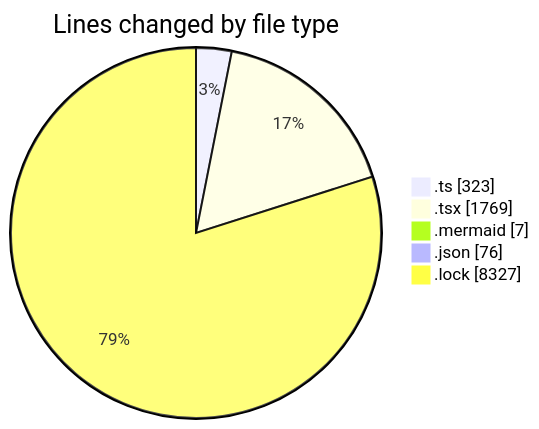
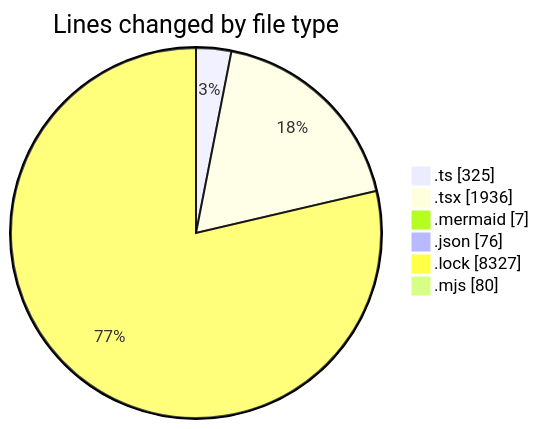
One commit to momahboobian/code-tracking changed the first of 2 diagrams in 2026-09-08/cda/README.md. Above: the diagram before and after it, drawn with Mermaid. The commit also changed other lines of this file and 1 other file, not shown here.

````diff
--- a/2026-09-08/cda/README.md
+++ b/2026-09-08/cda/README.md
@@ -43,9 +45,10 @@
 ```mermaid
 pie showData
 title Lines changed by file type
-".ts" : 323
-".tsx" : 1769
+".ts" : 325
+".tsx" : 1936
 ".mermaid" : 7
 ".json" : 76
 ".lock" : 8327
+".mjs" : 80
 ```
````
